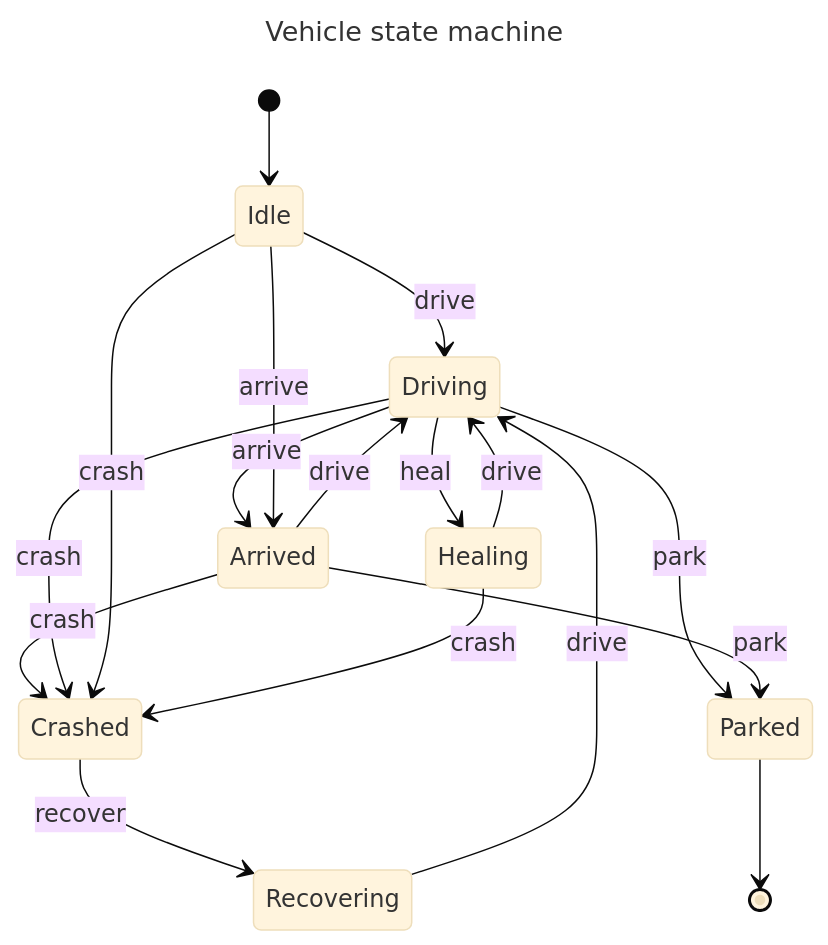
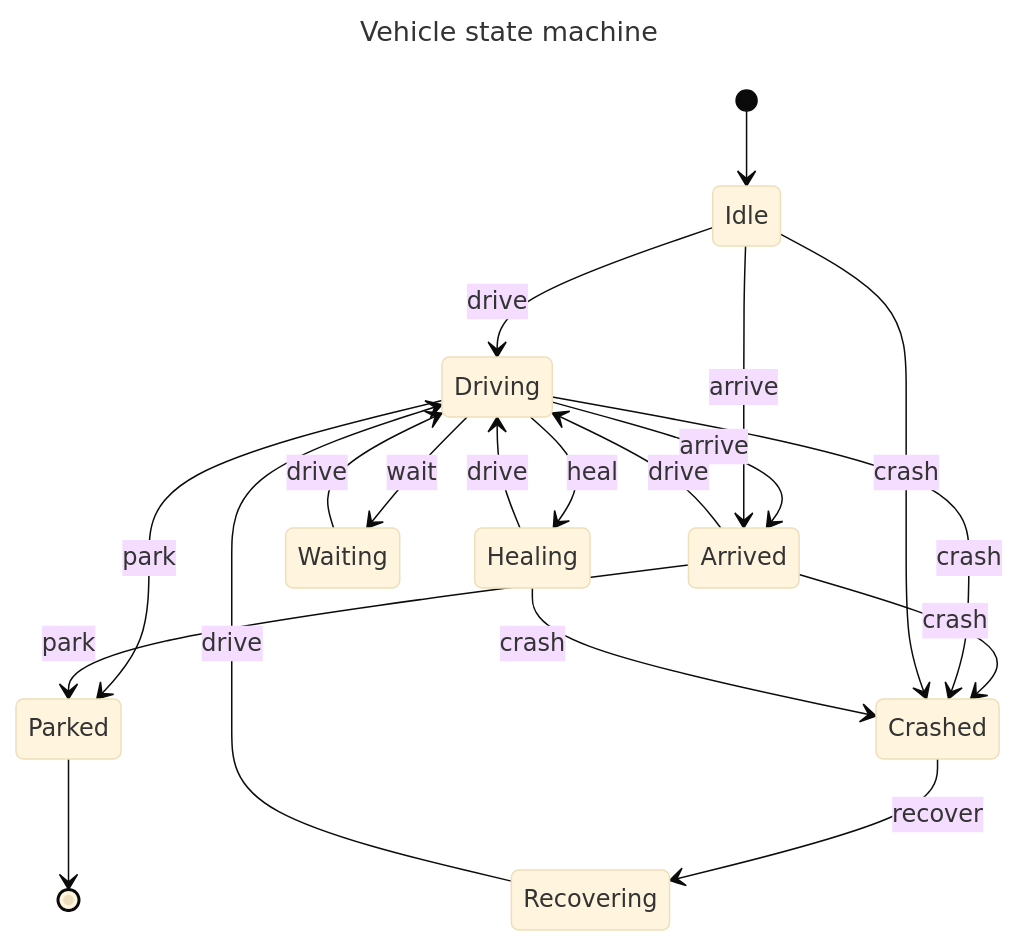
The diagram in ai/state/state_machine.md (floriandejonckheere/abo-autonomic-systems-carla), drawn with Mermaid (base theme) before and after one commit. The commit also changed 4 other files, not shown here.

````diff
--- a/ai/state/state_machine.md
+++ b/ai/state/state_machine.md
@@ -6,29 +6,32 @@
 ```mermaid
 ---
 title: Vehicle state machine
 ---
 stateDiagram-v2
     [*] --> Idle
 
     Arrived --> Driving: drive
     Idle --> Driving: drive
     Healing --> Driving: drive
     Recovering --> Driving: drive
+    Waiting --> Driving: drive
 
     Driving --> Arrived: arrive
     Idle --> Arrived: arrive
 
     Arrived --> Crashed: crash
     Driving --> Crashed: crash
     Idle --> Crashed: crash
     Healing --> Crashed: crash
 
     Driving --> Healing: heal
 
     Driving --> Parked: park
     Arrived --> Parked: park
-    
+
     Crashed --> Recovering: recover
+
+    Driving --> Waiting: wait
 
     Parked --> [*]
 ```
````
